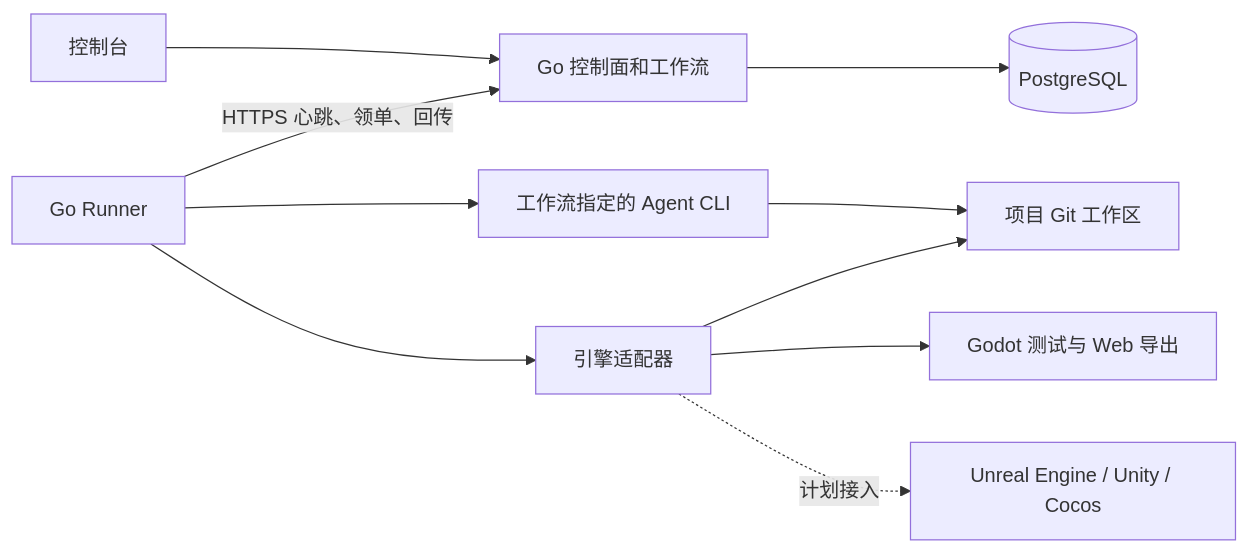
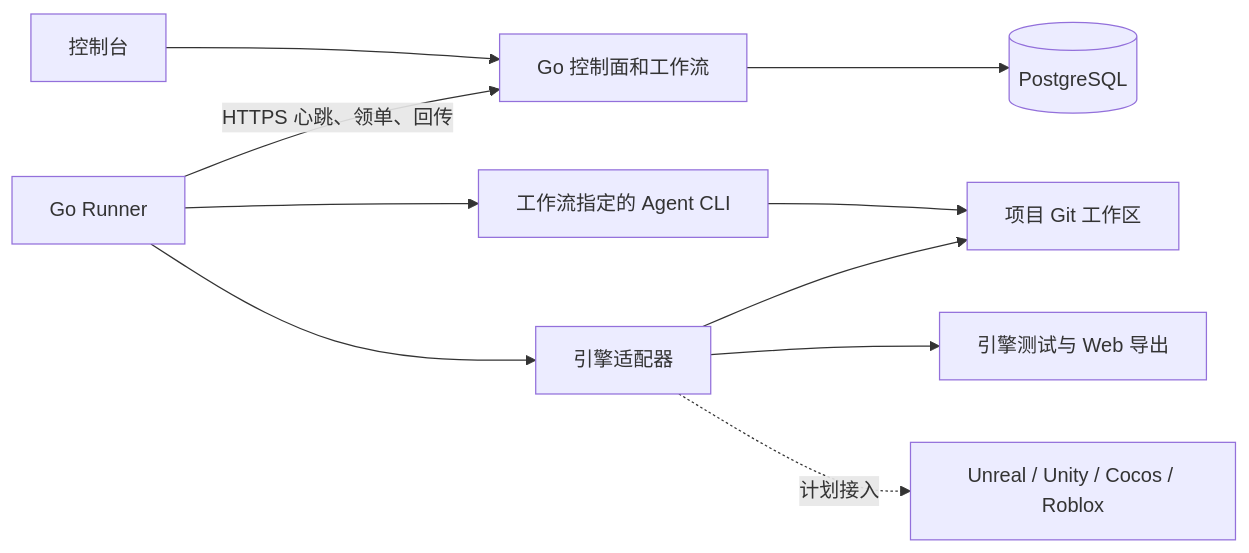
The diagram in README.md (PhongFeng/Agentrib), drawn with Mermaid before and after one commit. The commit also changed other lines of this file, not shown here.

Commit message:
docs: describe engine-neutral pipeline in README

````diff
--- a/README.md
+++ b/README.md
@@ -68,12 +68,12 @@
 ```mermaid
 flowchart LR
     Console[控制台] --> Server[Go 控制面和工作流]
     Server --> Database[(PostgreSQL)]
     Runner[Go Runner] -->|HTTPS 心跳、领单、回传| Server
     Runner --> Agents[工作流指定的 Agent CLI]
     Runner --> Engine[引擎适配器]
-    Engine --> Godot[Godot 测试与 Web 导出]
-    Engine -. 计划接入 .-> Future[Unreal Engine / Unity / Cocos]
+    Engine --> Built[引擎测试与 Web 导出]
+    Engine -. 计划接入 .-> Future[Unreal / Unity / Cocos / Roblox]
     Agents --> Git[项目 Git 工作区]
     Engine --> Git
 ```
````
